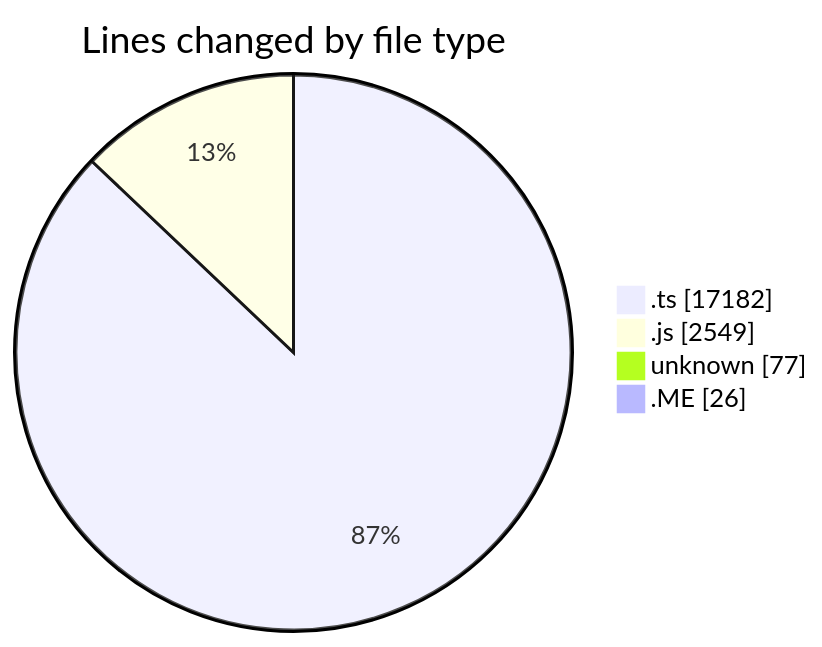
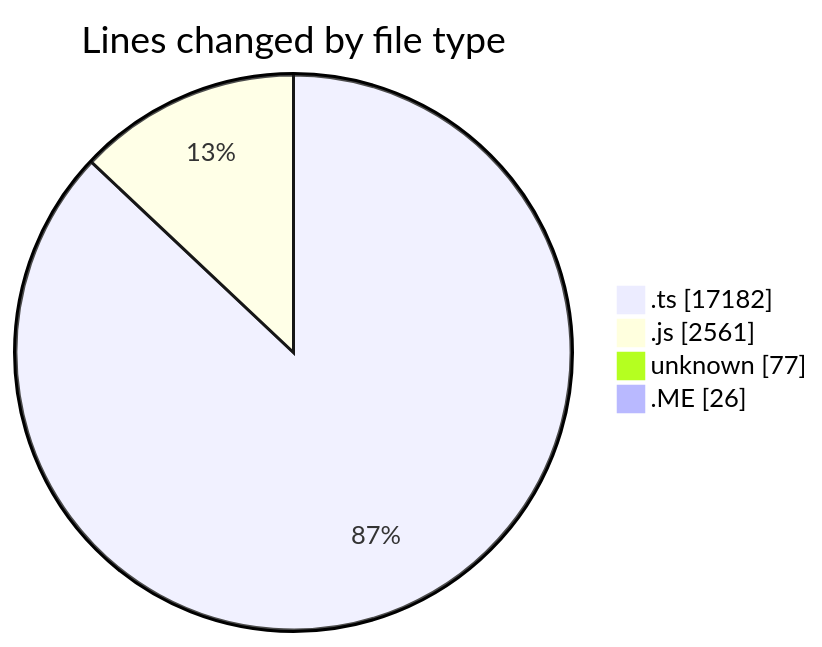
Before and after one commit to momahboobian/code-tracking: the first of 2 diagrams in 2026-02-03/cda/README.md, drawn with Mermaid. The commit also changed other lines of this file and 1 other file, not shown here.

````diff
--- a/2026-02-03/cda/README.md
+++ b/2026-02-03/cda/README.md
@@ -30,8 +30,8 @@
 ```mermaid
 pie showData
 title Lines changed by file type
 ".ts" : 17182
-".js" : 2549
+".js" : 2561
 "unknown" : 77
 ".ME" : 26
 ```
````
